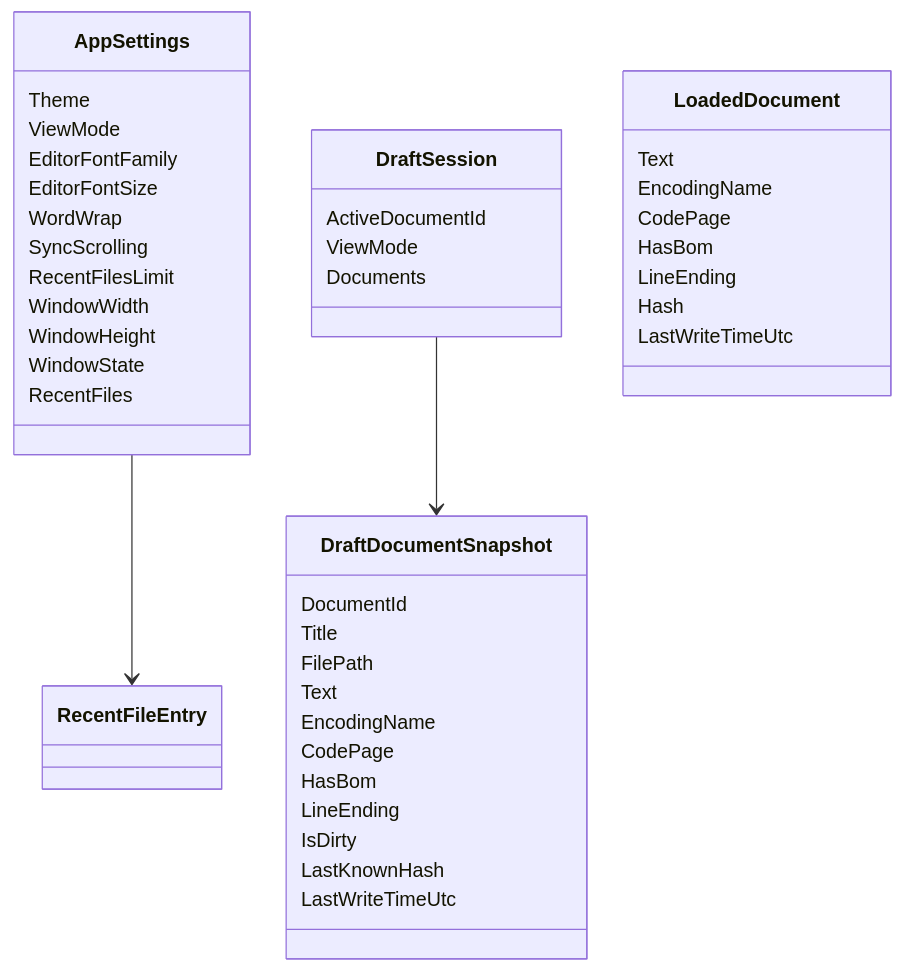
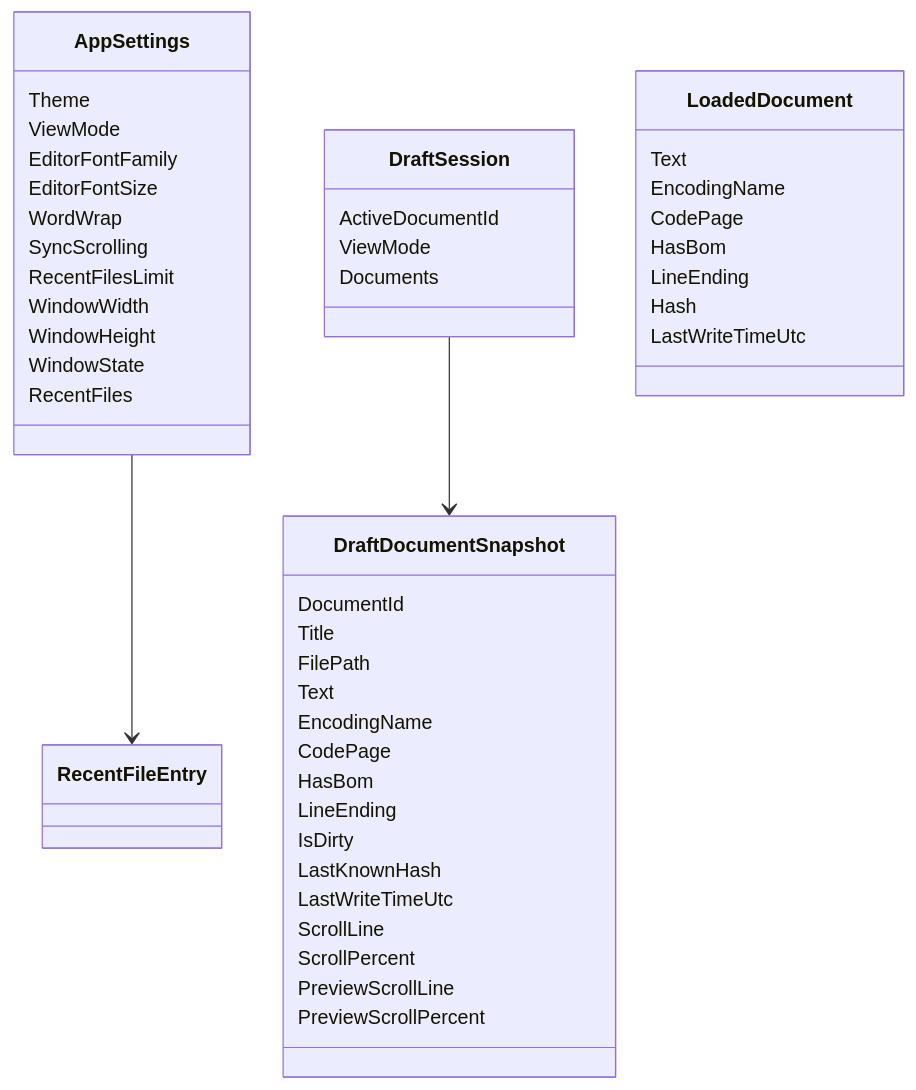
The second of 8 diagrams in docs/系統設計.md (mark216tw/win-mdeditor-01), drawn with Mermaid before and after one commit. The commit also changed 40 other files, not shown here.

````diff
--- a/docs/系統設計.md
+++ b/docs/系統設計.md
@@ -108,45 +108,49 @@
 ```mermaid
 classDiagram
     class AppSettings {
         Theme
         ViewMode
         EditorFontFamily
         EditorFontSize
         WordWrap
         SyncScrolling
         RecentFilesLimit
         WindowWidth
         WindowHeight
         WindowState
         RecentFiles
     }
     class DraftSession {
         ActiveDocumentId
         ViewMode
         Documents
     }
     class DraftDocumentSnapshot {
         DocumentId
         Title
         FilePath
         Text
         EncodingName
         CodePage
         HasBom
         LineEnding
         IsDirty
         LastKnownHash
         LastWriteTimeUtc
+        ScrollLine
+        ScrollPercent
+        PreviewScrollLine
+        PreviewScrollPercent
     }
     class LoadedDocument {
         Text
         EncodingName
         CodePage
         HasBom
         LineEnding
         Hash
         LastWriteTimeUtc
     }
     AppSettings --> RecentFileEntry
     DraftSession --> DraftDocumentSnapshot
 ```
````
